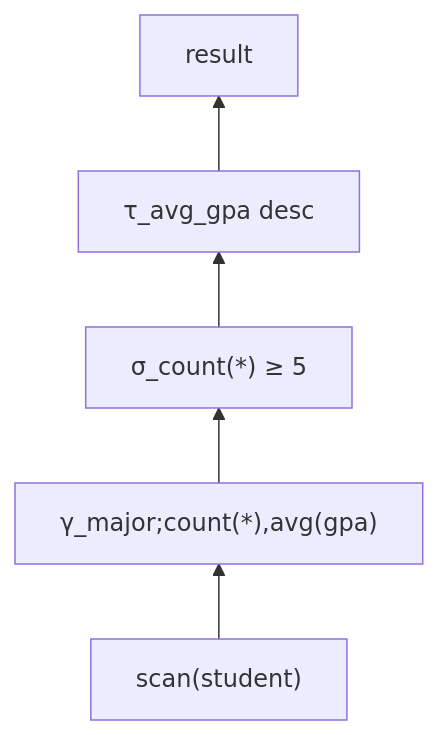
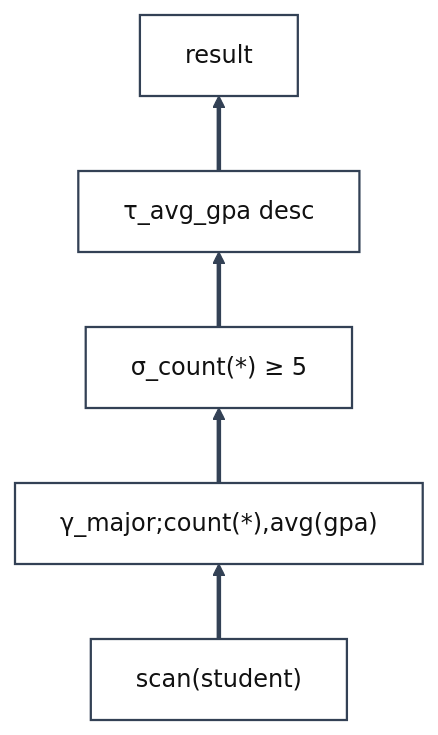
Before and after one commit to ufdatastudio/cop5725fa26: the second of 2 diagrams in lecture-outlines/day5-relational-algebra-ii/slides.md, drawn with Mermaid. The commit also changed other lines of this file and 5 other files, not shown here.

````diff
--- a/lecture-outlines/day5-relational-algebra-ii/slides.md
+++ b/lecture-outlines/day5-relational-algebra-ii/slides.md
@@ -623,7 +736,10 @@
 ```mermaid
 graph BT
   scan["scan(student)"] --> agg["γ_major;count(*),avg(gpa)"]
   agg --> sel["σ_count(*) ≥ 5"]
   sel --> sort["τ_avg_gpa desc"]
   sort --> out["result"]
+  classDef planop fill:#ffffff,stroke:#334155,stroke-width:1.5px,color:#111
+  class scan,agg,sel,sort,out planop
+  linkStyle default stroke:#334155,stroke-width:3px
 ```
````
